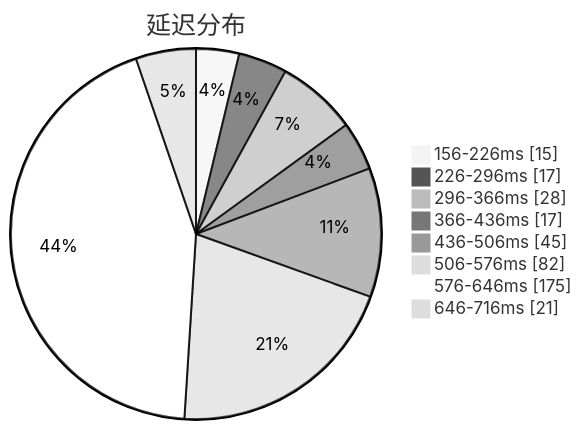
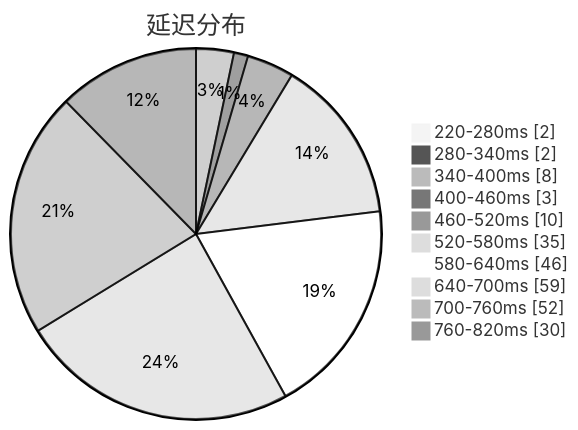
Before and after one commit to qjlxg/airport: the first of 3 diagrams in subs/statistics/tested_within.md, drawn with Mermaid (neutral theme). The commit also changed other lines of this file and 2 other files, not shown here.

Commit message:
Tested by metaST

````diff
--- a/subs/statistics/tested_within.md
+++ b/subs/statistics/tested_within.md
@@ -2,12 +2,14 @@
 ```mermaid
 pie showData
 title 延迟分布
-"156-226ms" : 15
-"226-296ms" : 17
-"296-366ms" : 28
-"366-436ms" : 17
-"436-506ms" : 45
-"506-576ms" : 82
-"576-646ms" : 175
-"646-716ms" : 21
+"220-280ms" : 2
+"280-340ms" : 2
+"340-400ms" : 8
+"400-460ms" : 3
+"460-520ms" : 10
+"520-580ms" : 35
+"580-640ms" : 46
+"640-700ms" : 59
+"700-760ms" : 52
+"760-820ms" : 30
 ```
````
